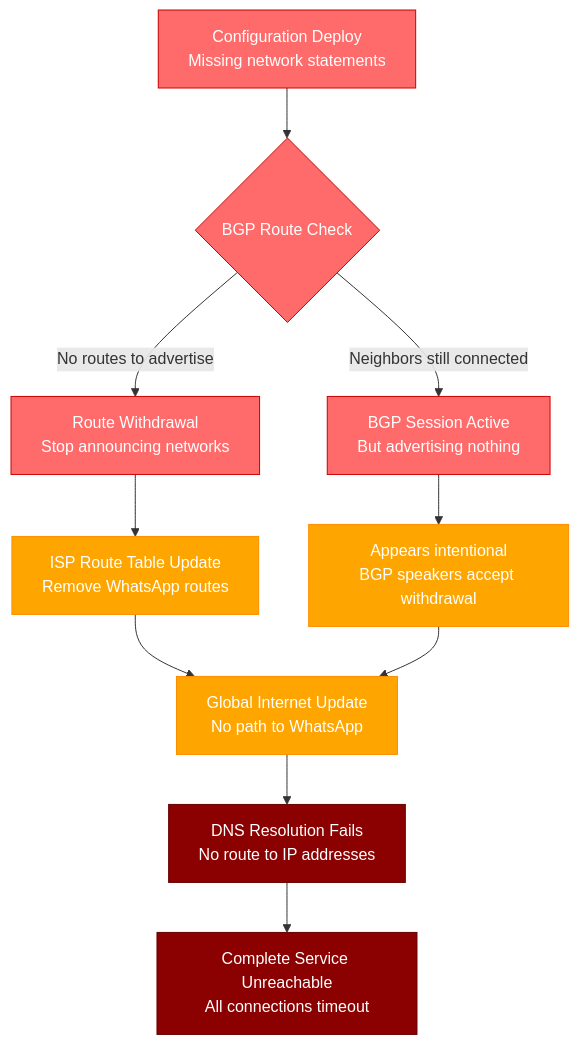
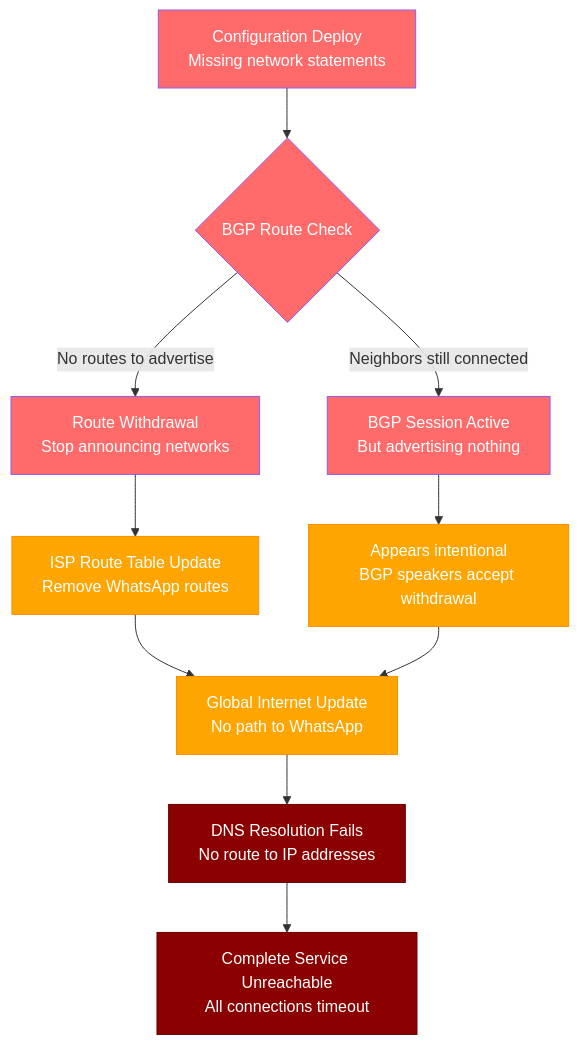
The sixth of 12 diagrams in site/docs/incidents/whatsapp-october-2022.md (deepaucksharma/DS), drawn with Mermaid before and after one commit. The commit also changed other lines of this file and 303 other files, not shown here.

````diff
--- a/site/docs/incidents/whatsapp-october-2022.md
+++ b/site/docs/incidents/whatsapp-october-2022.md
@@ -244,23 +244,23 @@
 ```mermaid
 flowchart TD
     A[Configuration Deploy<br/>Missing network statements] --> B{BGP Route Check}
     B -->|No routes to advertise| C[Route Withdrawal<br/>Stop announcing networks]
     B -->|Neighbors still connected| D[BGP Session Active<br/>But advertising nothing]
 
     C --> E[ISP Route Table Update<br/>Remove WhatsApp routes]
     D --> F[Appears intentional<br/>BGP speakers accept withdrawal]
 
     E --> G[Global Internet Update<br/>No path to WhatsApp]
     F --> G
 
     G --> H[DNS Resolution Fails<br/>No route to IP addresses]
     H --> I[Complete Service Unreachable<br/>All connections timeout]
 
-    classDef configError fill:#FF6B6B,stroke:#CC0000,color:#fff
+    classDef configError fill:#FF6B6B,stroke:#8B5CF6,color:#fff
     classDef bgpImpact fill:#FFA500,stroke:#FF8C00,color:#fff
     classDef globalImpact fill:#8B0000,stroke:#660000,color:#fff
 
     class A,B,C,D configError
     class E,F,G bgpImpact
     class H,I globalImpact
 ```
````
